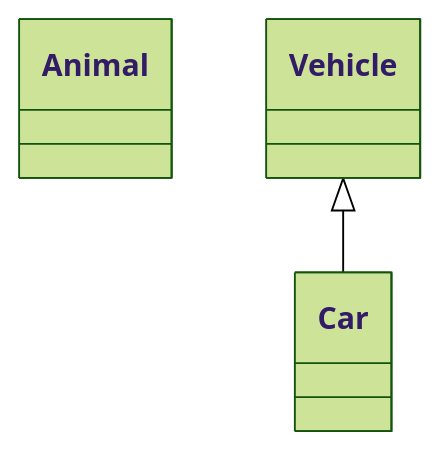
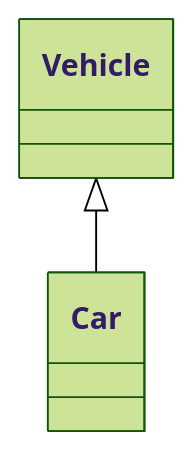
One commit to kk-kkch03/Portfolio changed the second of 2 diagrams in uml.md. Above: the diagram before and after it, drawn with Mermaid (forest theme). The commit also changed other lines of this file, not shown here.

````diff
--- a/uml.md
+++ b/uml.md
@@ -1,5 +6,4 @@
 ```mermaid
  classDiagram
-    class Animal
-    Vehicle <|-- Car
-```
+ Vehicle <|-- Car
+ ```
````
